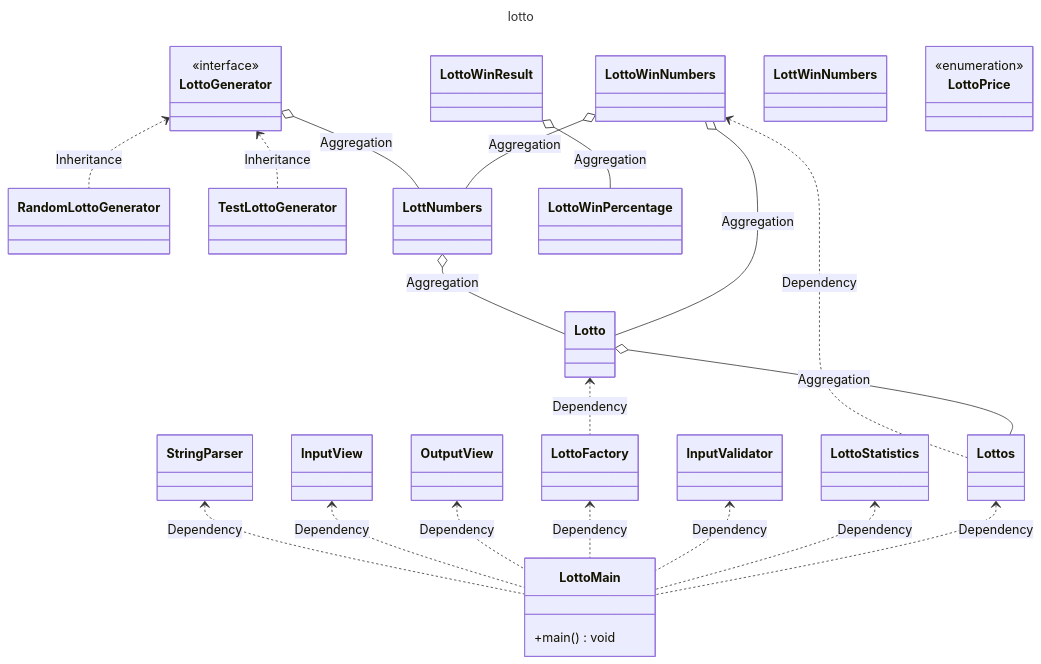
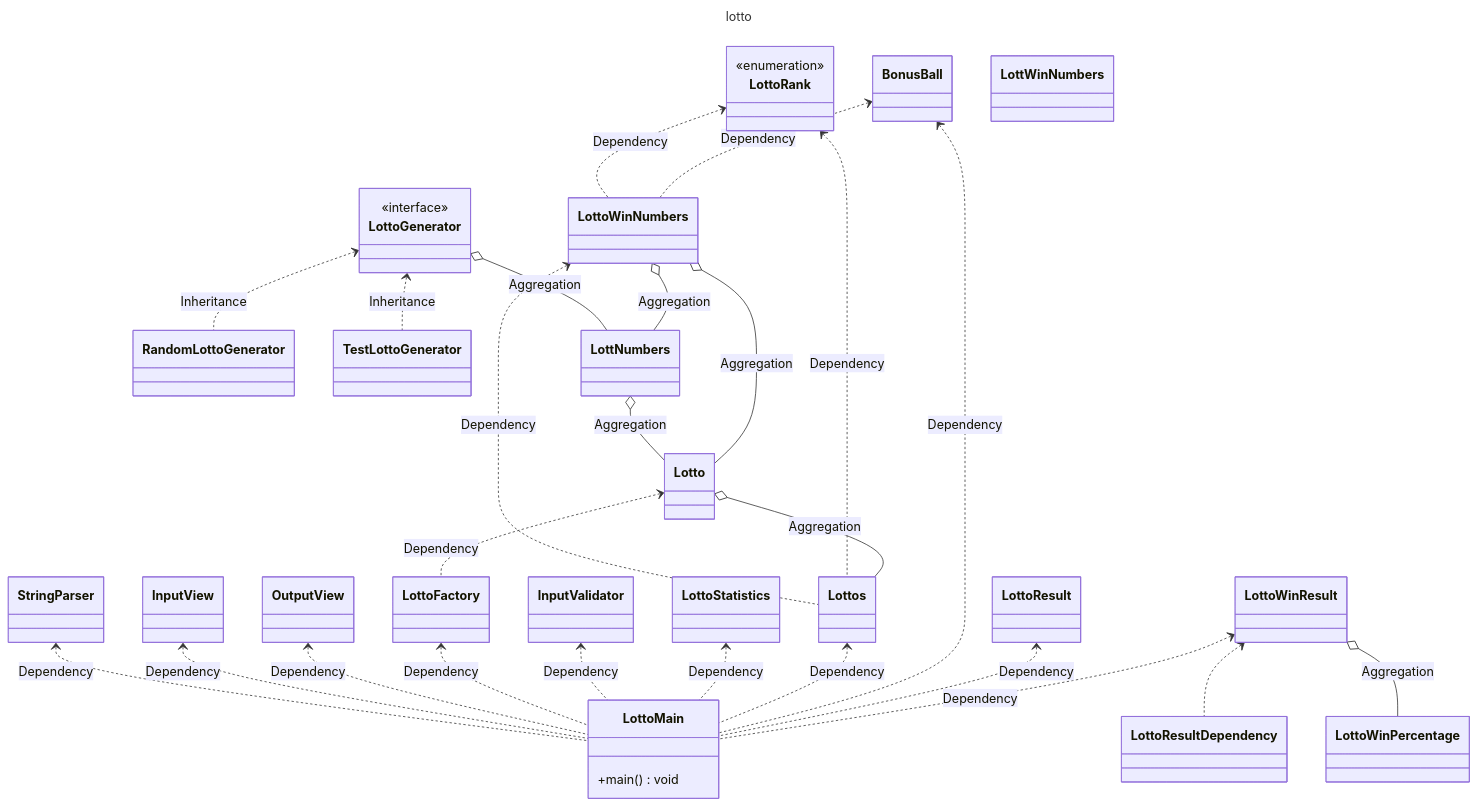
Before and after one commit to next-step/java-lotto: the diagram in README.md, drawn with Mermaid. The commit also changed other lines of this file and 23 other files, not shown here.

```diff
--- a/README.md
+++ b/README.md
@@ -23,18 +23,28 @@
     InputValidator <.. LottoMain: Dependency
     LottoStatistics <.. LottoMain: Dependency
     Lottos <.. LottoMain: Dependency
+    BonusBall <.. LottoMain: Dependency
+    LottoResult <.. LottoMain: Dependency
+    LottoWinResult <.. LottoMain: Dependency
     Lotto <.. LottoFactory: Dependency
     LottoGenerator <.. RandomLottoGenerator: Inheritance
     LottoGenerator <.. TestLottoGenerator: Inheritance
+    LottoRank <.. LottoWinNumbers: Dependency
+    BonusBall <.. LottoWinNumbers: Dependency
     LottoWinNumbers <.. Lottos: Dependency
+    LottoRank <.. Lottos: Dependency
     Lotto o-- Lottos: Aggregation
+    LottoWinResult <.. LottoResult Dependency
     LottNumbers o-- Lotto: Aggregation
+    LottoWinNumbers o-- Lotto: Aggregation
     LottoGenerator o-- LottNumbers: Aggregation
     LottoWinNumbers o-- LottNumbers: Aggregation
-    LottoWinNumbers o-- Lotto: Aggregation
     LottoWinResult o-- LottoWinPercentage: Aggregation
 
     class StringParser {
+    }
+
+    class BonusBall {
     }
 
     class LottoWinNumbers {
@@ -84,7 +94,7 @@
     class LottoWinPercentage {
     }
 
-    class LottoPrice {
+    class LottoRank {
         <<enumeration>>
     }
 
```
